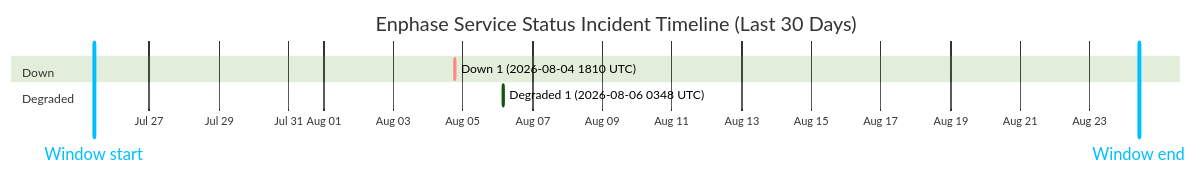
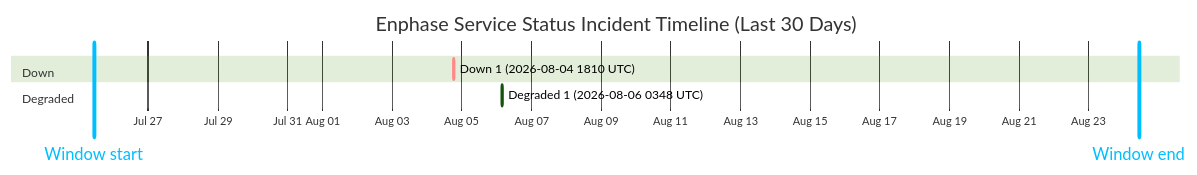
One commit to barneyonline/ha-enphase-energy changed the diagram in wiki/Service-Status-History.md. Above: the diagram before and after it, drawn with Mermaid (forest theme). The commit also changed other lines of this file and 3 other files, not shown here.

````diff
--- a/wiki/Service-Status-History.md
+++ b/wiki/Service-Status-History.md
@@ -14,12 +14,12 @@
 ```mermaid
 gantt
     title Enphase Service Status Incident Timeline (Last 30 Days)
     dateFormat  YYYY-MM-DDTHH:mm:ss
     axisFormat  %b %d
-    Window start :vert, window-start, 2026-07-25T09:44:31, 0ms
-    Window end :vert, window-end, 2026-08-24T09:44:31, 0ms
+    Window start :vert, window-start, 2026-07-25T10:34:58, 0ms
+    Window end :vert, window-end, 2026-08-24T10:34:58, 0ms
     section Down
     Down 1 (2026-08-04 1810 UTC) :crit, down-1, 2026-08-04T18:10:46, 60m
     section Degraded
     Degraded 1 (2026-08-06 0348 UTC) :active, degraded-1, 2026-08-06T03:48:14, 60m
 ```
````
